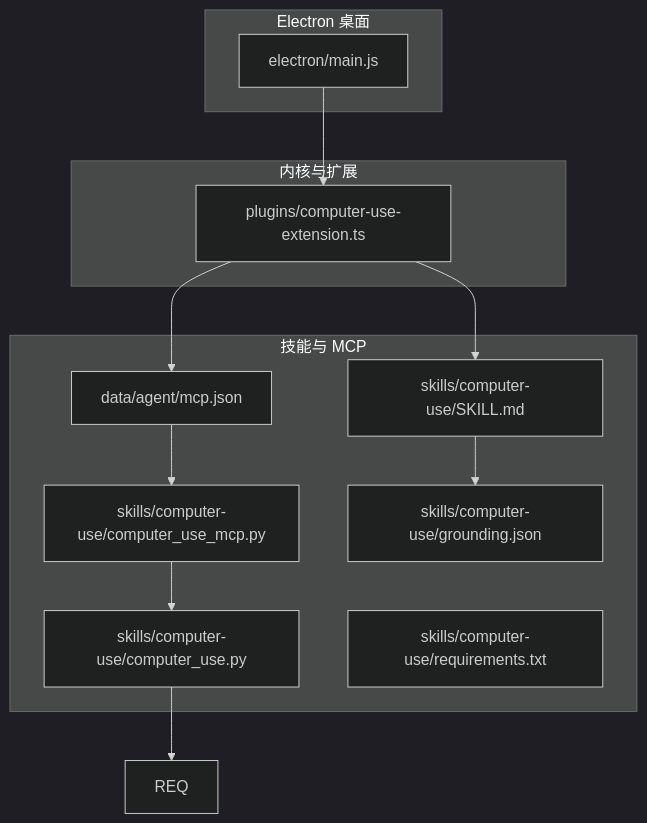
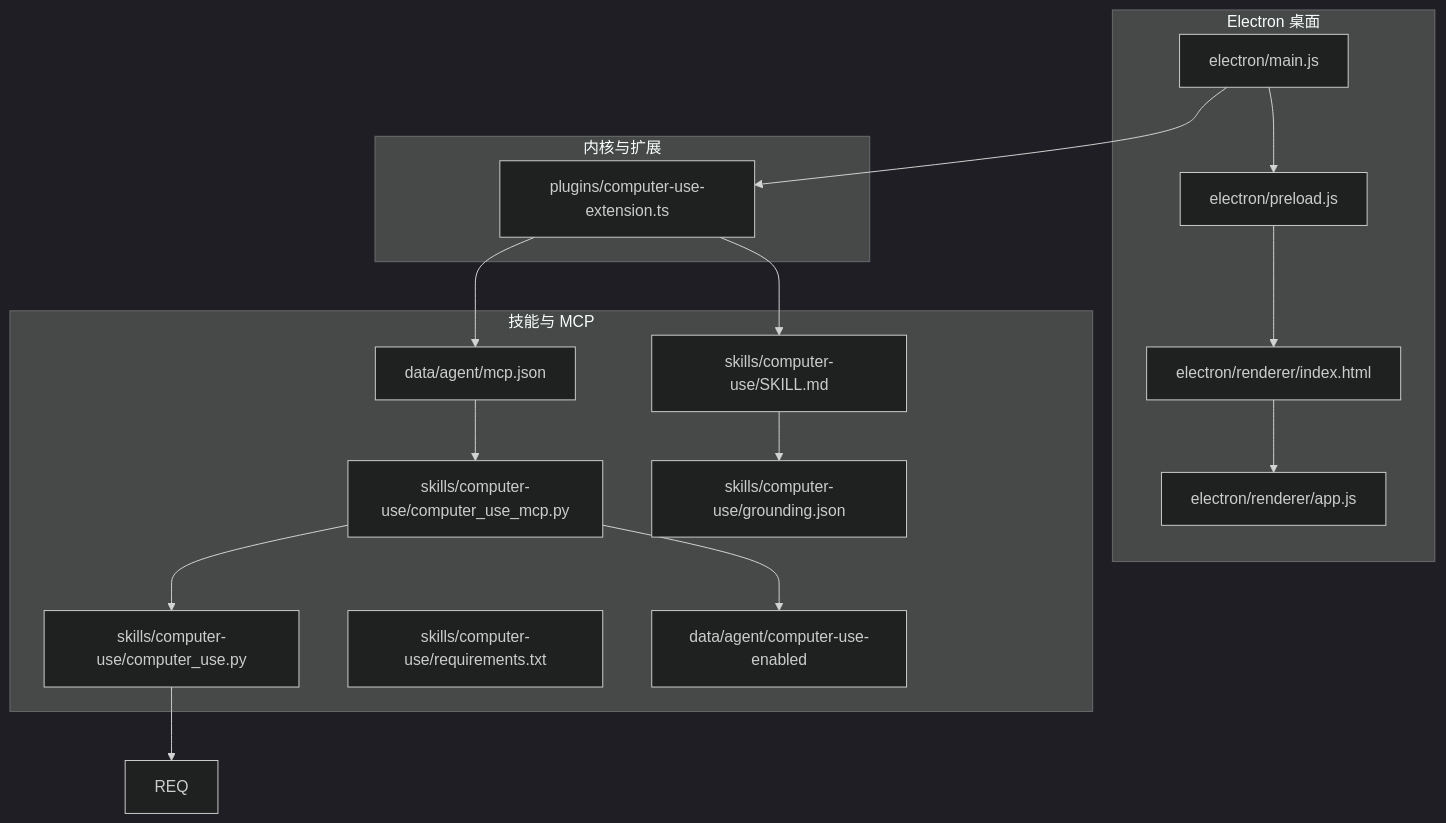
Before and after one commit to swond-Mao/Tiffa: the first of 4 diagrams in .qoder/repowiki/zh/content/技能系统/计算机使用技能/计算机使用技能.md, drawn with Mermaid (dark theme). The commit also changed other lines of this file and 49 other files, not shown here.

````diff
--- a/.qoder/repowiki/zh/content/技能系统/计算机使用技能/计算机使用技能.md
+++ b/.qoder/repowiki/zh/content/技能系统/计算机使用技能/计算机使用技能.md
@@ -60,24 +68,32 @@
 ```mermaid
 graph TB
 subgraph "Electron 桌面"
 EM["electron/main.js"]
+PR["electron/preload.js"]
+RI["electron/renderer/index.html"]
+RA["electron/renderer/app.js"]
 end
 subgraph "内核与扩展"
 EXT["plugins/computer-use-extension.ts"]
 end
 subgraph "技能与 MCP"
 SK["skills/computer-use/SKILL.md"]
 MCPJSON["data/agent/mcp.json"]
 MCPSRV["skills/computer-use/computer_use_mcp.py"]
 GROUNDING["skills/computer-use/grounding.json"]
 PYRUN["skills/computer-use/computer_use.py"]
 REQS["skills/computer-use/requirements.txt"]
+MARKER["data/agent/computer-use-enabled"]
 end
 EM --> EXT
+EM --> PR
+PR --> RI
+RI --> RA
 EXT --> SK
 EXT --> MCPJSON
 SK --> GROUNDING
 MCPJSON --> MCPSRV
 MCPSRV --> PYRUN
+MCPSRV --> MARKER
 PYRUN --> REQ
 ```
````
